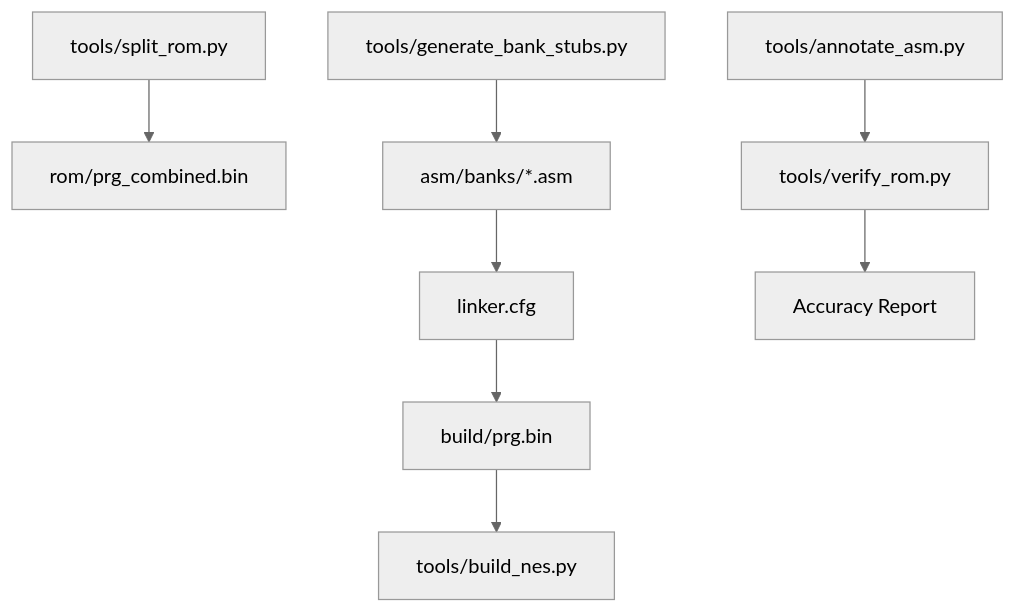
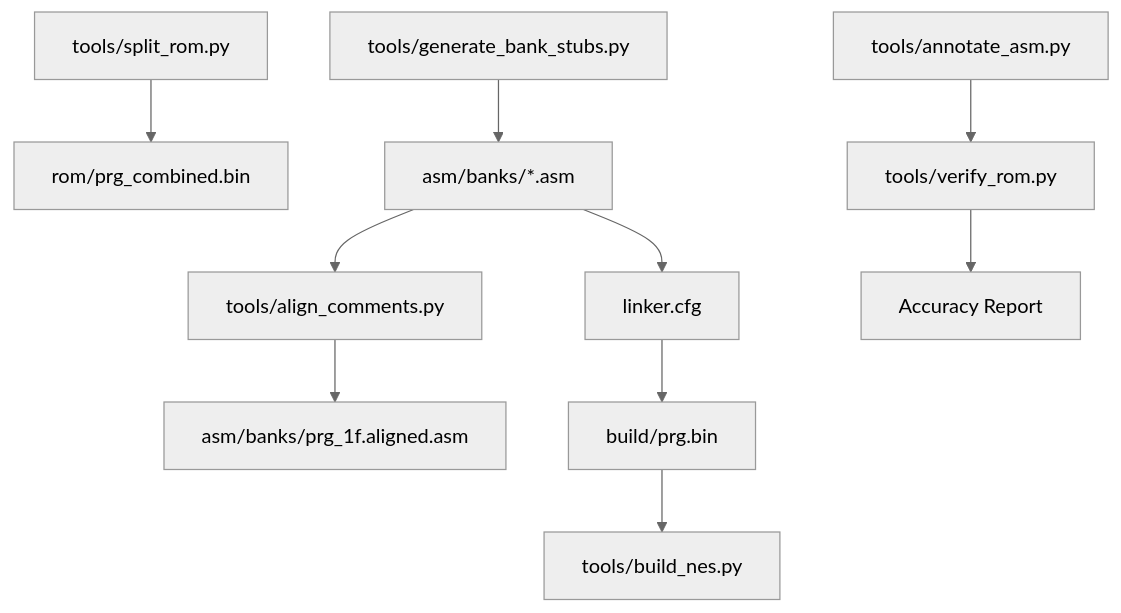
One commit to rabbyzero/sango2dasm changed the fourth of 4 diagrams in .qoder/repowiki/en/content/Disassembly Workflow/Disassembly Workflow.md. Above: the diagram before and after it, drawn with Mermaid (neutral theme). The commit also changed other lines of this file and 26 other files, not shown here.

````diff
--- a/.qoder/repowiki/en/content/Disassembly Workflow/Disassembly Workflow.md
+++ b/.qoder/repowiki/en/content/Disassembly Workflow/Disassembly Workflow.md
@@ -307,10 +354,12 @@
 ```mermaid
 graph TB
 SPLIT["tools/split_rom.py"] --> BIN["rom/prg_combined.bin"]
 STUB["tools/generate_bank_stubs.py"] --> ASM["asm/banks/*.asm"]
+ASM --> ALIGN["tools/align_comments.py"]
+ALIGN --> ALIGNED["asm/banks/prg_1f.aligned.asm"]
 ASM --> LINK["linker.cfg"]
 LINK --> OBJ["build/prg.bin"]
 OBJ --> NES["tools/build_nes.py"]
 ANNO["tools/annotate_asm.py"] --> VERIFY["tools/verify_rom.py"]
 VERIFY --> ACC["Accuracy Report"]
 ```
````
